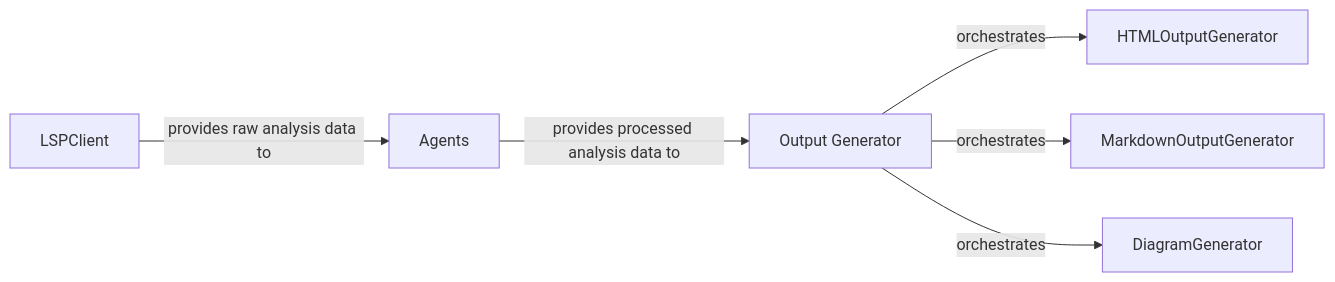
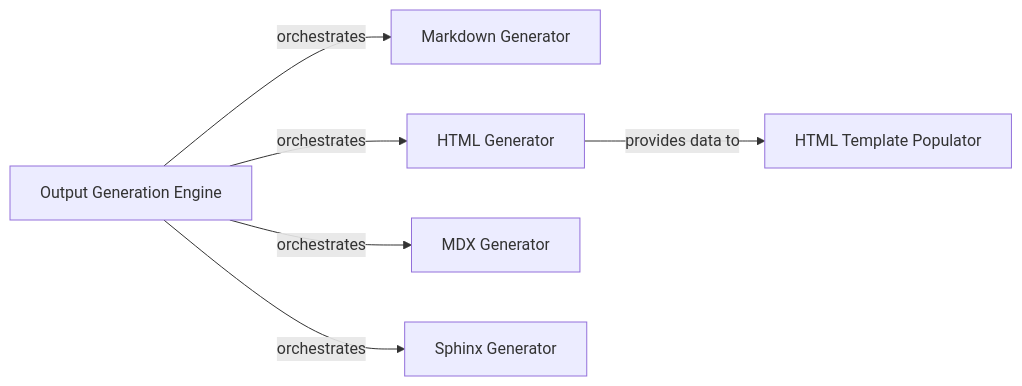
One commit to mariyam866/CodeBoarding changed the sixth of 8 diagrams in docs/development/architecture.md. Above: the diagram before and after it, drawn with Mermaid. The commit also changed other lines of this file and 25 other files, not shown here.

First line of the commit message:
docs: update codeboarding documentation and generate architecture

````diff
--- a/docs/development/architecture.md
+++ b/docs/development/architecture.md
@@ -267,15 +432,15 @@
 ```mermaid
 graph LR
-    LSPClient["LSPClient"]
-    Agents["Agents"]
-    Output_Generator["Output Generator"]
-    HTMLOutputGenerator["HTMLOutputGenerator"]
-    MarkdownOutputGenerator["MarkdownOutputGenerator"]
-    DiagramGenerator["DiagramGenerator"]
-    LSPClient -- "provides raw analysis data to" --> Agents
-    Agents -- "provides processed analysis data to" --> Output_Generator
-    Output_Generator -- "orchestrates" --> HTMLOutputGenerator
-    Output_Generator -- "orchestrates" --> MarkdownOutputGenerator
-    Output_Generator -- "orchestrates" --> DiagramGenerator
-    click Output_Generator href "https://github.com/CodeBoarding/CodeBoarding/blob/main/.codeboarding/Output_Generator.md" "Details"
+    Output_Generation_Engine["Output Generation Engine"]
+    Markdown_Generator["Markdown Generator"]
+    HTML_Generator["HTML Generator"]
+    MDX_Generator["MDX Generator"]
+    Sphinx_Generator["Sphinx Generator"]
+    HTML_Template_Populator["HTML Template Populator"]
+    Output_Generation_Engine -- "orchestrates" --> Markdown_Generator
+    Output_Generation_Engine -- "orchestrates" --> HTML_Generator
+    Output_Generation_Engine -- "orchestrates" --> MDX_Generator
+    Output_Generation_Engine -- "orchestrates" --> Sphinx_Generator
+    HTML_Generator -- "provides data to" --> HTML_Template_Populator
+    click Output_Generation_Engine href "https://github.com/CodeBoarding/CodeBoarding/blob/main/.codeboarding/Output_Generation_Engine.md" "Details"
 ```
````
